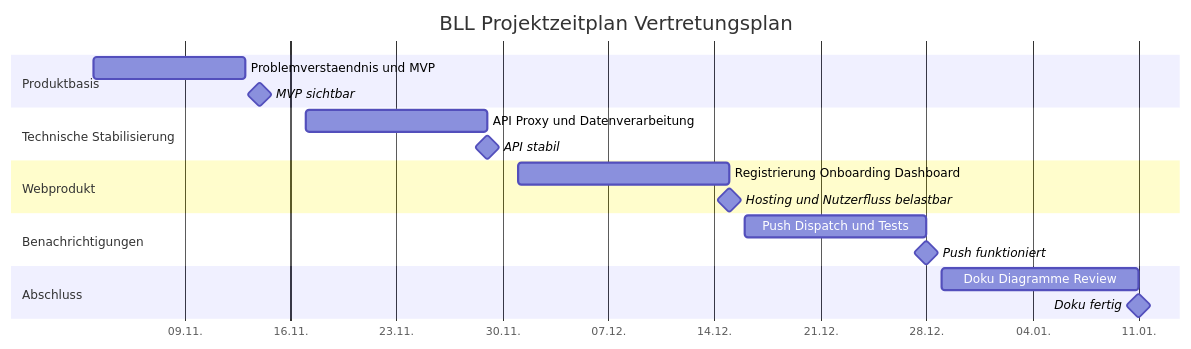
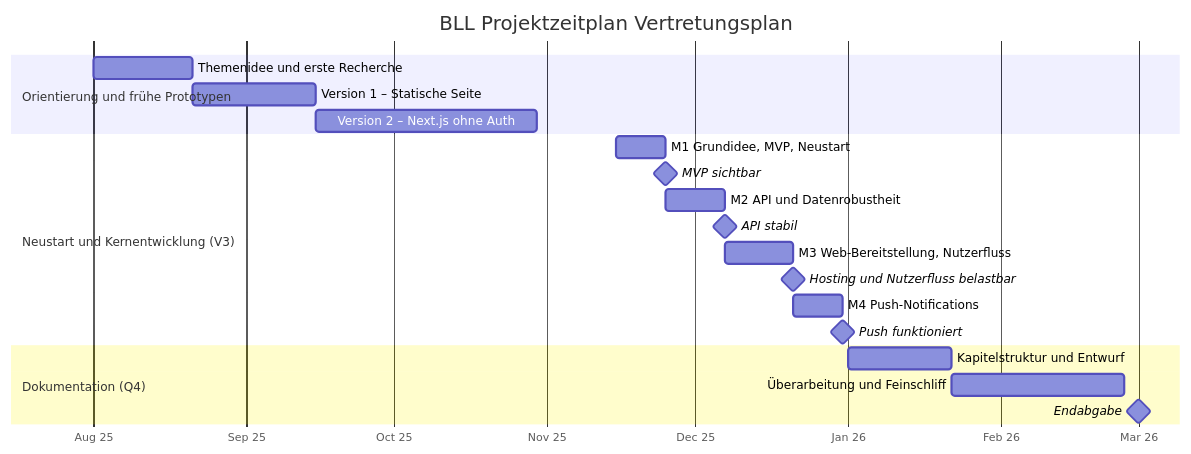
One commit to cancel-cloud/fds-vertretungsplan changed the diagram in docs/pm/gantt.mmd. Above: the diagram before and after it, drawn with Mermaid. The commit also changed 19 other files, not shown here.

```diff
--- a/docs/pm/gantt.mmd
+++ b/docs/pm/gantt.mmd
@@ -1,24 +1,24 @@
 gantt
     title BLL Projektzeitplan Vertretungsplan
     dateFormat  YYYY-MM-DD
-    axisFormat  %d.%m.
+    axisFormat  %b %y
 
-    section Produktbasis
-    Problemverstaendnis und MVP             :a1, 2025-11-03, 10d
-    MVP sichtbar                            :milestone, m1, 2025-11-14, 0d
+    section Orientierung und frühe Prototypen
+        Themenidee und erste Recherche          :a0, 2025-08-01, 20d
+        Version 1 – Statische Seite             :a1, 2025-08-21, 25d
+        Version 2 – Next.js ohne Auth           :a2, 2025-09-15, 45d
 
-    section Technische Stabilisierung
-    API Proxy und Datenverarbeitung         :a2, 2025-11-17, 12d
-    API stabil                              :milestone, m2, 2025-11-29, 0d
+    section Neustart und Kernentwicklung (V3)
+        M1 Grundidee, MVP, Neustart             :a3, 2025-11-15, 10d
+        MVP sichtbar                            :milestone, m1, 2025-11-25, 0d
+        M2 API und Datenrobustheit              :a4, 2025-11-25, 12d
+        API stabil                              :milestone, m2, 2025-12-07, 0d
+        M3 Web-Bereitstellung, Nutzerfluss      :a5, 2025-12-07, 14d
+        Hosting und Nutzerfluss belastbar       :milestone, m3, 2025-12-21, 0d
+        M4 Push-Notifications                   :a6, 2025-12-21, 10d
+        Push funktioniert                       :milestone, m4, 2025-12-31, 0d
 
-    section Webprodukt
-    Registrierung Onboarding Dashboard      :a3, 2025-12-01, 14d
-    Hosting und Nutzerfluss belastbar       :milestone, m3, 2025-12-15, 0d
-
-    section Benachrichtigungen
-    Push Dispatch und Tests                 :a4, 2025-12-16, 12d
-    Push funktioniert                       :milestone, m4, 2025-12-28, 0d
-
-    section Abschluss
-    Doku Diagramme Review                   :a5, 2025-12-29, 13d
-    Doku fertig                             :milestone, m5, 2026-01-11, 0d
+    section Dokumentation (Q4)
+        Kapitelstruktur und Entwurf             :a7, 2026-01-01, 21d
+        Überarbeitung und Feinschliff           :a8, 2026-01-22, 35d
+        Endabgabe                               :milestone, m5, 2026-03-01, 0d
```
